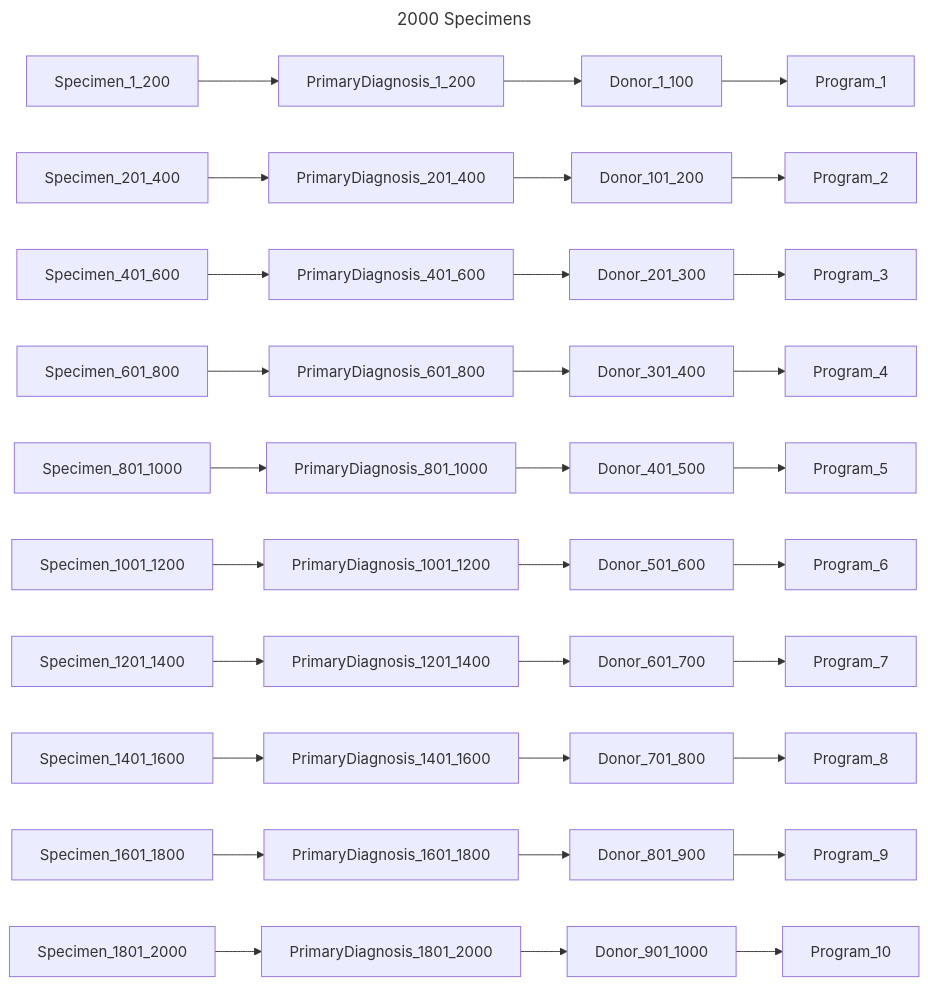
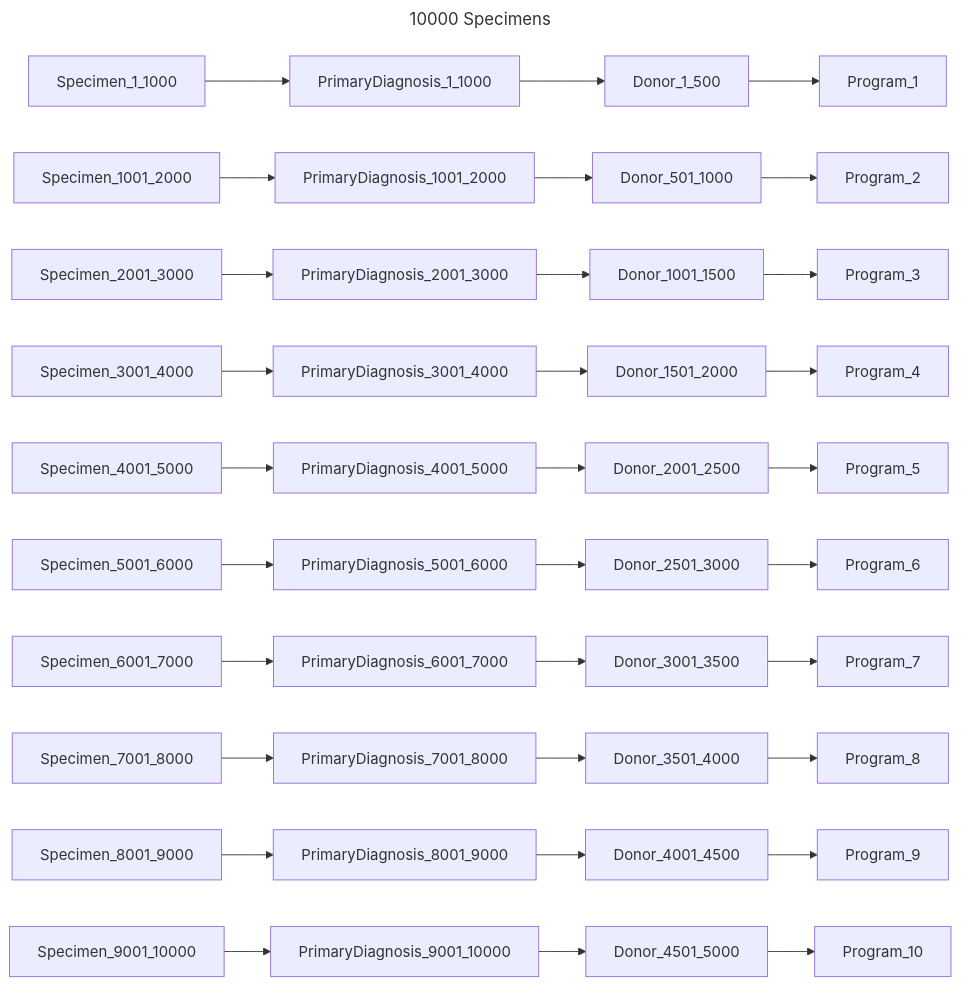
The third of 14 diagrams in chord_metadata_service/mohpackets/data/large_dataset/README.md (bento-platform/katsu), drawn with Mermaid before and after one commit. The commit also changed other lines of this file, not shown here.

````diff
--- a/chord_metadata_service/mohpackets/data/large_dataset/README.md
+++ b/chord_metadata_service/mohpackets/data/large_dataset/README.md
@@ -44,17 +44,16 @@
 ```mermaid
 ---
-title: 2000 Specimens
+title: 10000 Specimens
 ---
 graph LR;  
-  Specimen_1_200 --> PrimaryDiagnosis_1_200 --> Donor_1_100 --> Program_1;
-  Specimen_201_400 --> PrimaryDiagnosis_201_400 --> Donor_101_200 --> Program_2;  
-  Specimen_401_600 --> PrimaryDiagnosis_401_600 --> Donor_201_300 --> Program_3;  
-  Specimen_601_800 --> PrimaryDiagnosis_601_800 --> Donor_301_400 --> Program_4;  
-  Specimen_801_1000 --> PrimaryDiagnosis_801_1000 --> Donor_401_500 --> Program_5;  
-  Specimen_1001_1200 --> PrimaryDiagnosis_1001_1200 --> Donor_501_600 --> Program_6;  
-  Specimen_1201_1400 --> PrimaryDiagnosis_1201_1400 --> Donor_601_700 --> Program_7;  
-  Specimen_1401_1600 --> PrimaryDiagnosis_1401_1600 --> Donor_701_800 --> Program_8;  
-  Specimen_1601_1800 --> PrimaryDiagnosis_1601_1800 --> Donor_801_900 --> Program_9;
-  Specimen_1801_2000 --> PrimaryDiagnosis_1801_2000 --> Donor_901_1000 --> Program_10;  
-
+  Specimen_1_1000 --> PrimaryDiagnosis_1_1000 --> Donor_1_500 --> Program_1;
+  Specimen_1001_2000 --> PrimaryDiagnosis_1001_2000 --> Donor_501_1000 --> Program_2;
+  Specimen_2001_3000 --> PrimaryDiagnosis_2001_3000 --> Donor_1001_1500 --> Program_3;
+  Specimen_3001_4000 --> PrimaryDiagnosis_3001_4000 --> Donor_1501_2000 --> Program_4;
+  Specimen_4001_5000 --> PrimaryDiagnosis_4001_5000 --> Donor_2001_2500 --> Program_5;
+  Specimen_5001_6000 --> PrimaryDiagnosis_5001_6000 --> Donor_2501_3000 --> Program_6;
+  Specimen_6001_7000 --> PrimaryDiagnosis_6001_7000 --> Donor_3001_3500 --> Program_7;
+  Specimen_7001_8000 --> PrimaryDiagnosis_7001_8000 --> Donor_3501_4000 --> Program_8;
+  Specimen_8001_9000 --> PrimaryDiagnosis_8001_9000 --> Donor_4001_4500 --> Program_9;
+  Specimen_9001_10000 --> PrimaryDiagnosis_9001_10000 --> Donor_4501_5000 --> Program_10;
 ```
````
